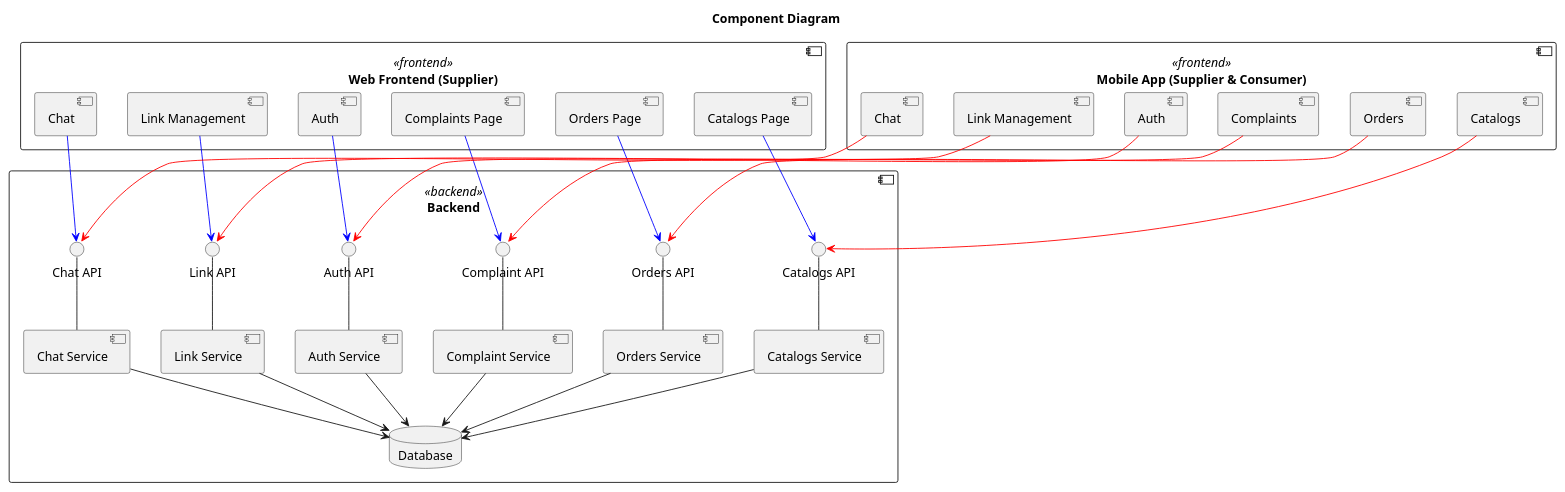
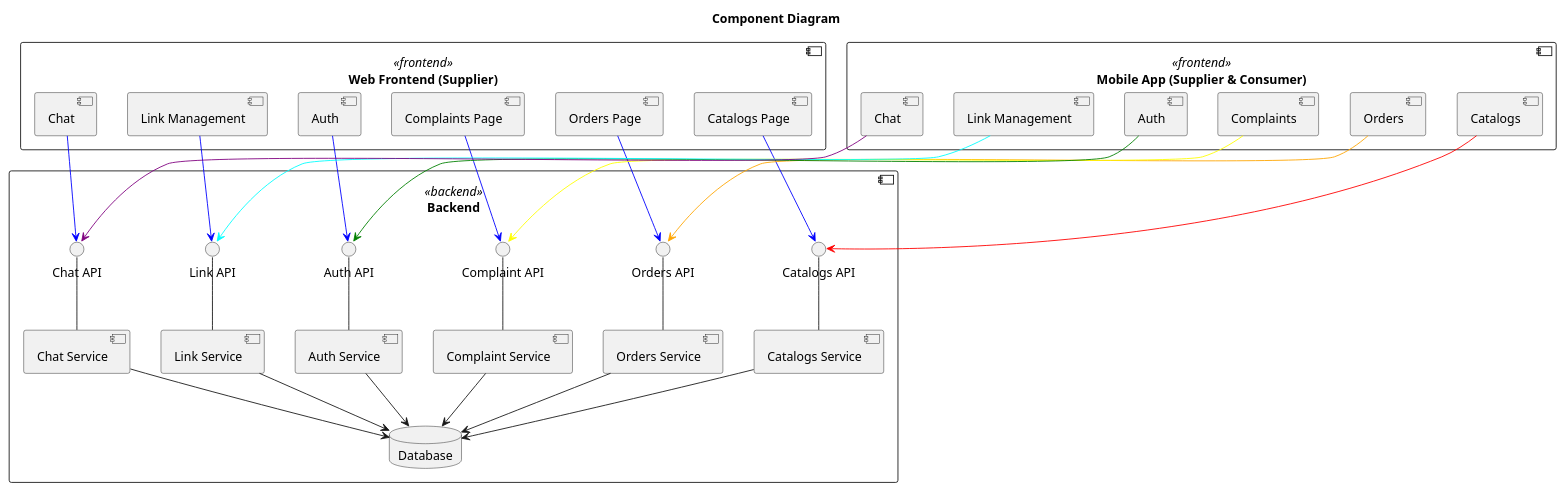
One commit to kadirl/csci361-group-project-backend changed the diagram in docs/diagrams/src/component-diagram.puml. Above: the diagram before and after it, drawn with PlantUML.

Commit message:
Added more diverse colors to component diagram

```diff
--- a/docs/diagrams/src/component-diagram.puml
+++ b/docs/diagrams/src/component-diagram.puml
@@ -1,74 +1,74 @@
 @startuml
 title Component Diagram
 ' === Frontend components ===
 component "Web Frontend (Supplier)" <<frontend>> {
     [Catalogs Page] as WebCatalogs
     [Orders Page] as WebOrders
     [Complaints Page] as WebComplaints
     [Auth] as WebAuth
     [Link Management] as WebLink
     [Chat] as WebChat
 }
 
 component "Mobile App (Supplier & Consumer)" <<frontend>> {
     [Catalogs] as MobileCatalogs
     [Orders] as MobileOrders
     [Complaints] as MobileComplaints
     [Auth] as MobileAuth
     [Link Management] as MobileLink
     [Chat] as MobileChat
 }
 
 ' === Backend ===
 component "Backend" <<backend>> {
     interface "Catalogs API" as CatalogsAPI
     [Catalogs Service] as CatalogsService
     CatalogsAPI -- CatalogsService
     
     interface "Orders API" as OrdersAPI
     [Orders Service] as OrdersService
     OrdersAPI -- OrdersService
     
     interface "Complaint API" as ComplaintAPI
     [Complaint Service] as ComplaintService
     ComplaintAPI -- ComplaintService
     
     interface "Auth API" as AuthAPI
     [Auth Service] as AuthService
     AuthAPI -- AuthService
     
     interface "Link API" as LinkAPI
     [Link Service] as LinkService
     LinkAPI -- LinkService
     
     interface "Chat API" as ChatAPI
     [Chat Service] as ChatService
     ChatAPI -- ChatService
     
     database "Database" as DB
     
     CatalogsService --> DB
     OrdersService --> DB
     ComplaintService --> DB
     AuthService --> DB
     LinkService --> DB
     ChatService --> DB
 }
 
 ' === Connections from Web Frontend to Backend ===
 WebCatalogs -[#blue]-> CatalogsAPI
 WebOrders -[#blue]-> OrdersAPI
 WebComplaints -[#blue]-> ComplaintAPI
 WebAuth -[#blue]-> AuthAPI
 WebLink -[#blue]-> LinkAPI
 WebChat -[#blue]-> ChatAPI
 
 ' === Connections from Mobile App to Backend ===
 MobileCatalogs -[#red]-> CatalogsAPI
-MobileOrders -[#red]-> OrdersAPI
-MobileComplaints -[#red]-> ComplaintAPI
-MobileAuth -[#red]-> AuthAPI
-MobileLink -[#red]-> LinkAPI
-MobileChat -[#red]-> ChatAPI
+MobileOrders -[#orange]-> OrdersAPI
+MobileComplaints -[#yellow]-> ComplaintAPI
+MobileAuth -[#green]-> AuthAPI
+MobileLink -[#cyan]-> LinkAPI
+MobileChat -[#purple]-> ChatAPI
 
 @enduml
```
